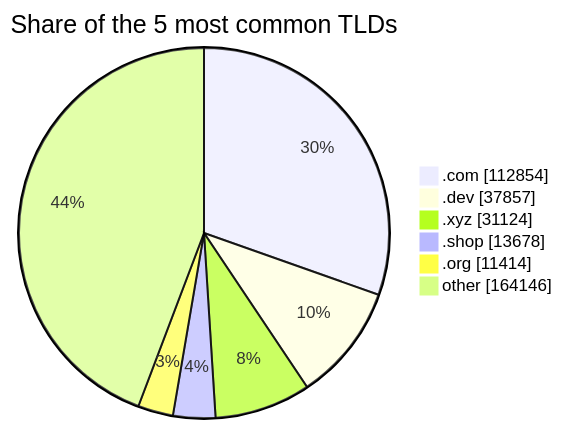
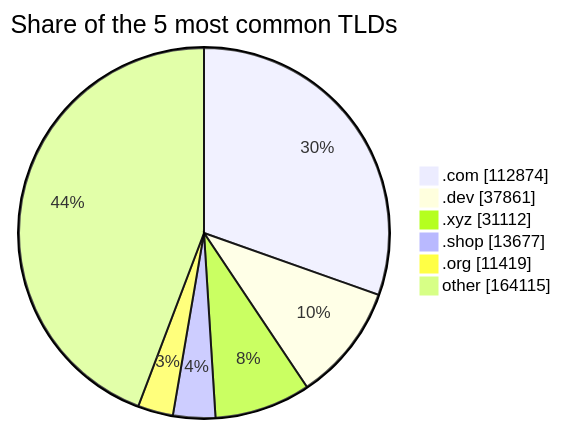
The third of 3 diagrams in README.md (DNSBunker/CTI), drawn with Mermaid before and after one commit. The commit also changed other lines of this file and 3 other files, not shown here.

````diff
--- a/README.md
+++ b/README.md
@@ -81,9 +81,9 @@
 ```mermaid
 pie showData title Share of the 5 most common TLDs
-    ".com" : 112854
-    ".dev" : 37857
-    ".xyz" : 31124
-    ".shop" : 13678
-    ".org" : 11414
-    "other" : 164146
+    ".com" : 112874
+    ".dev" : 37861
+    ".xyz" : 31112
+    ".shop" : 13677
+    ".org" : 11419
+    "other" : 164115
 ```
````
